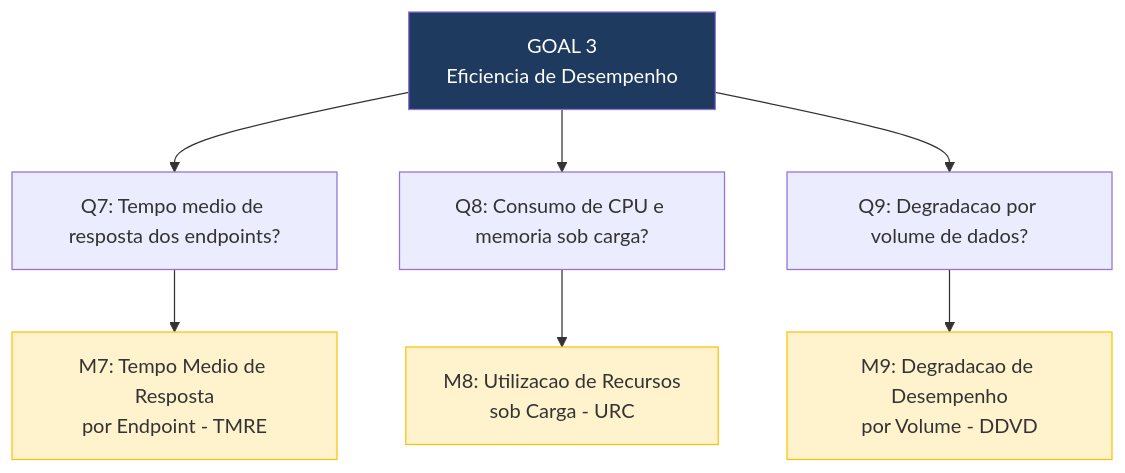
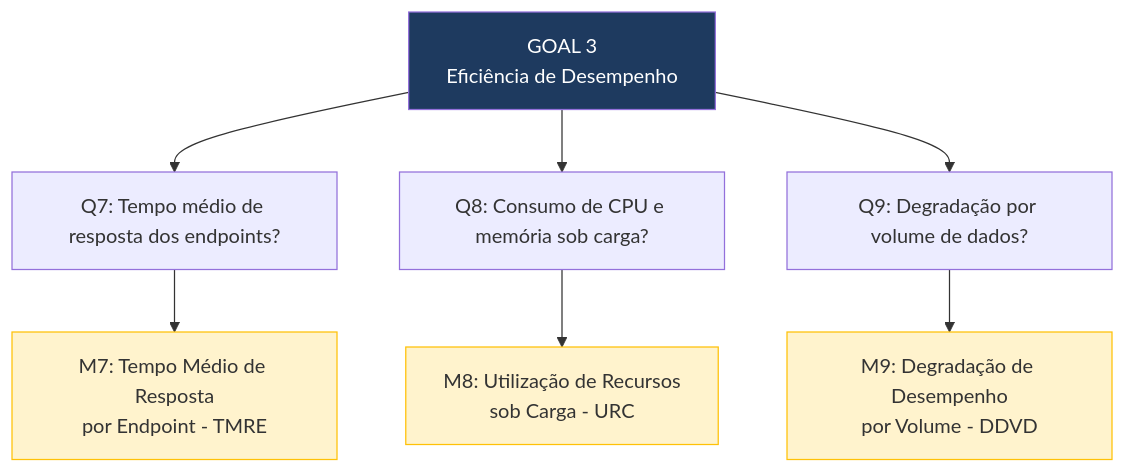
Before and after one commit to FCTE-Qualidade-de-Software-1/2026-1_T01_FRANS_BILAS: the diagram in docs/fase2/eficiencia_desempenho.md, drawn with Mermaid. The commit also changed other lines of this file and 9 other files, not shown here.

````diff
--- a/docs/fase2/eficiencia_desempenho.md
+++ b/docs/fase2/eficiencia_desempenho.md
@@ -24,15 +24,15 @@
 ```mermaid
 graph TD
-    G3["GOAL 3<br>Eficiencia de Desempenho"]
-    G3 --> Q7["Q7: Tempo medio de resposta dos endpoints?"]
-    G3 --> Q8["Q8: Consumo de CPU e memoria sob carga?"]
-    G3 --> Q9["Q9: Degradacao por volume de dados?"]
-    Q7 --> M7["M7: Tempo Medio de Resposta<br>por Endpoint - TMRE"]
-    Q8 --> M8["M8: Utilizacao de Recursos<br>sob Carga - URC"]
-    Q9 --> M9["M9: Degradacao de Desempenho<br>por Volume - DDVD"]
+    G3["GOAL 3<br>Eficiência de Desempenho"]
+    G3 --> Q7["Q7: Tempo médio de resposta dos endpoints?"]
+    G3 --> Q8["Q8: Consumo de CPU e memória sob carga?"]
+    G3 --> Q9["Q9: Degradação por volume de dados?"]
+    Q7 --> M7["M7: Tempo Médio de Resposta<br>por Endpoint - TMRE"]
+    Q8 --> M8["M8: Utilização de Recursos<br>sob Carga - URC"]
+    Q9 --> M9["M9: Degradação de Desempenho<br>por Volume - DDVD"]
 
     style G3 fill:#1E3A5F,color:#fff
     style M7 fill:#fff3cd,stroke:#ffc107
     style M8 fill:#fff3cd,stroke:#ffc107
     style M9 fill:#fff3cd,stroke:#ffc107
 ```
````
